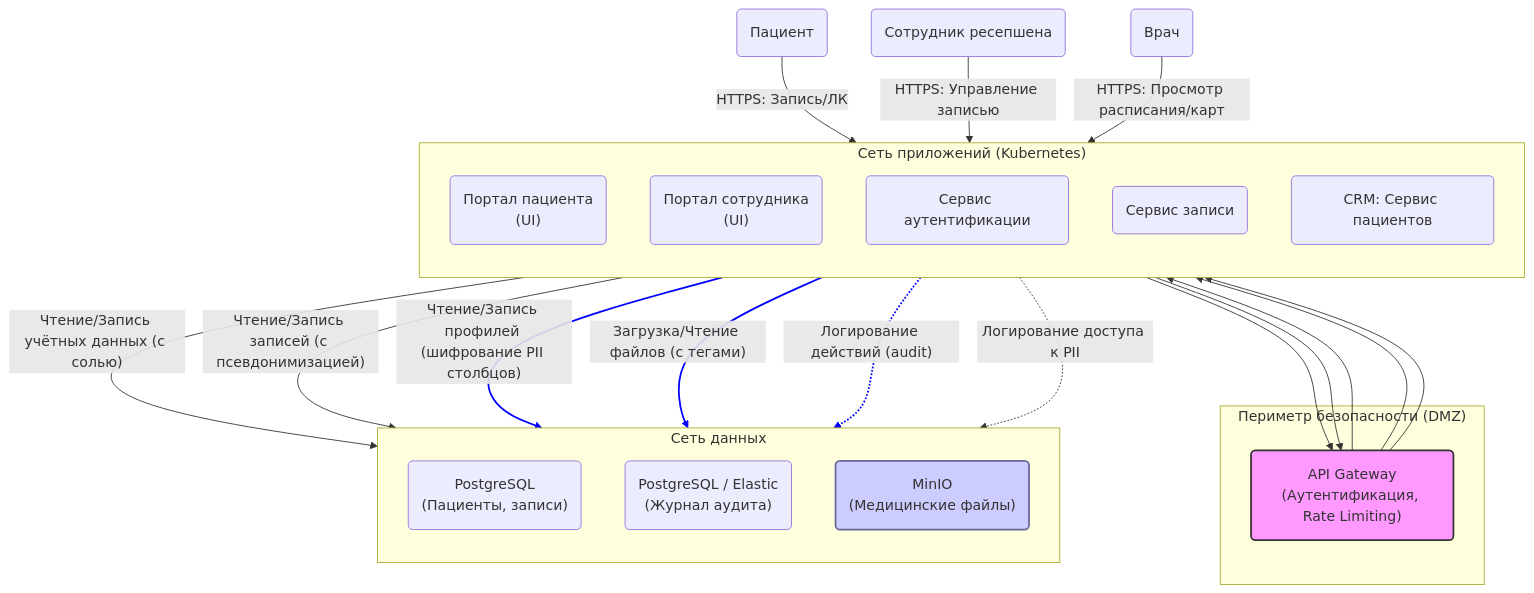
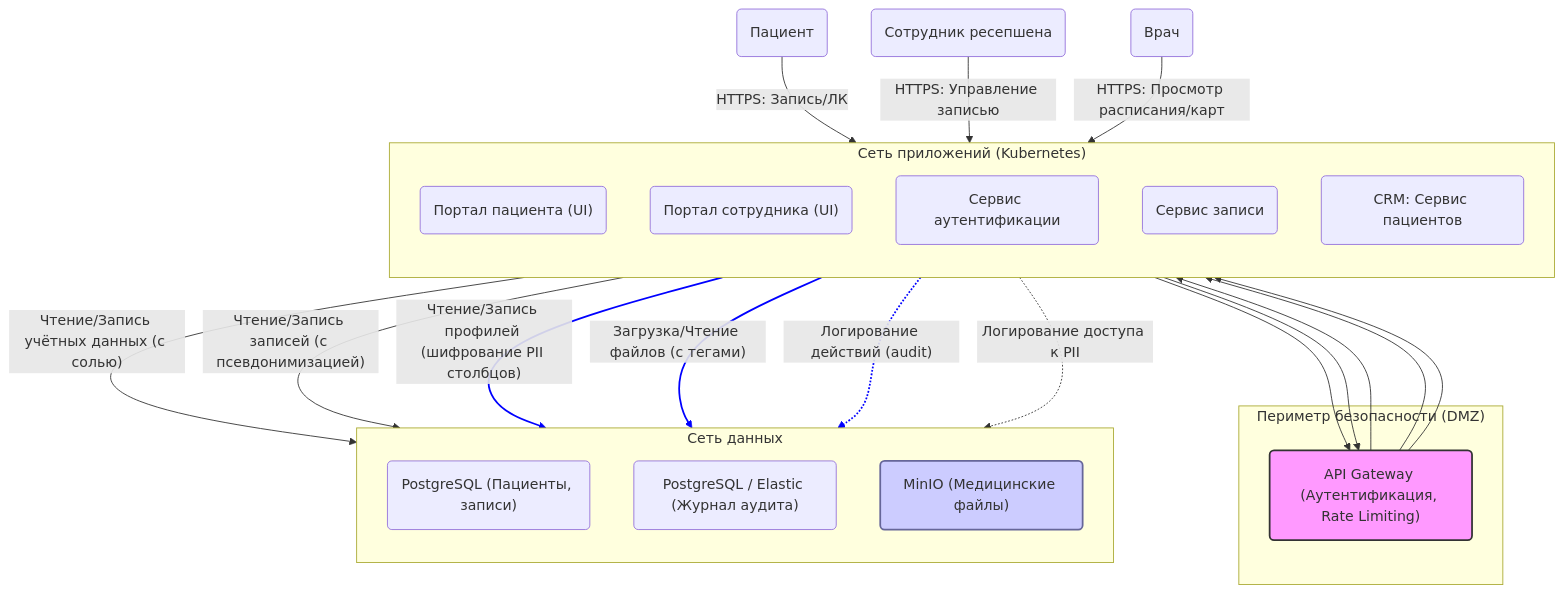
Before and after one commit to mgalimullin/architecture-medikamente: the seventh of 9 diagrams in Task1/README.md, drawn with Mermaid. The commit also changed other lines of this file, not shown here.

````diff
--- a/Task1/README.md
+++ b/Task1/README.md
@@ -242,49 +242,49 @@
 ```mermaid
 graph TD
     Patient("Пациент")
     Admin("Сотрудник ресепшена")
     Doctor("Врач")
 
     subgraph "Периметр безопасности (DMZ)"
-        API_GW("API Gateway\n(Аутентификация, Rate Limiting)")
+        API_GW("API Gateway (Аутентификация, Rate Limiting)")
     end
 
     subgraph "Сеть приложений (Kubernetes)"
         direction TB
-        PatientPortal("Портал пациента\n(UI)")
-        StaffPortal("Портал сотрудника\n(UI)")
+        PatientPortal("Портал пациента (UI)")
+        StaffPortal("Портал сотрудника (UI)")
         AuthService("Сервис аутентификации")
         AppointmentService("Сервис записи")
         PatientService("CRM: Сервис пациентов")
     end
 
     subgraph "Сеть данных"
         direction TB
-        DB_Patients("PostgreSQL\n(Пациенты, записи)")
-        DB_Audit("PostgreSQL / Elastic\n(Журнал аудита)")
-        FileStorage("MinIO\n(Медицинские файлы)")
+        DB_Patients("PostgreSQL (Пациенты, записи)")
+        DB_Audit("PostgreSQL / Elastic (Журнал аудита)")
+        FileStorage("MinIO (Медицинские файлы)")
     end
 
     Patient -->|"HTTPS: Запись/ЛК"| PatientPortal
     PatientPortal --> API_GW
     Admin -->|"HTTPS: Управление записью"| StaffPortal
     StaffPortal --> API_GW
     Doctor -->|"HTTPS: Просмотр расписания/карт"| StaffPortal
 
     API_GW --> AuthService
     API_GW --> AppointmentService
     API_GW --> PatientService
 
     AuthService -->|"Чтение/Запись учётных данных (с солью)"| DB_Patients
     AppointmentService -->|"Чтение/Запись записей (с псевдонимизацией)"| DB_Patients
     PatientService -->|"Чтение/Запись профилей (шифрование PII столбцов)"| DB_Patients
 
     PatientService -->|"Загрузка/Чтение файлов (с тегами)"| FileStorage
 
     AppointmentService -.->|"Логирование действий (audit)"| DB_Audit
     PatientService -.->|"Логирование доступа к PII"| DB_Audit
 
     style API_GW fill:#f9f,stroke:#333,stroke-width:2px
     style FileStorage fill:#ccf,stroke:#669,stroke-width:2px
     linkStyle 10,11,12 stroke:#00f,stroke-width:2px;
 ```
````
